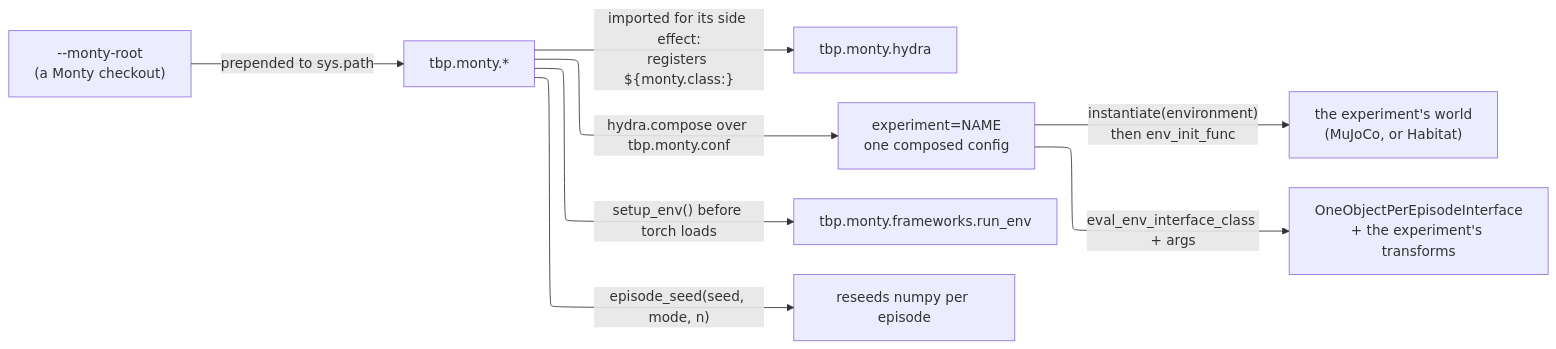
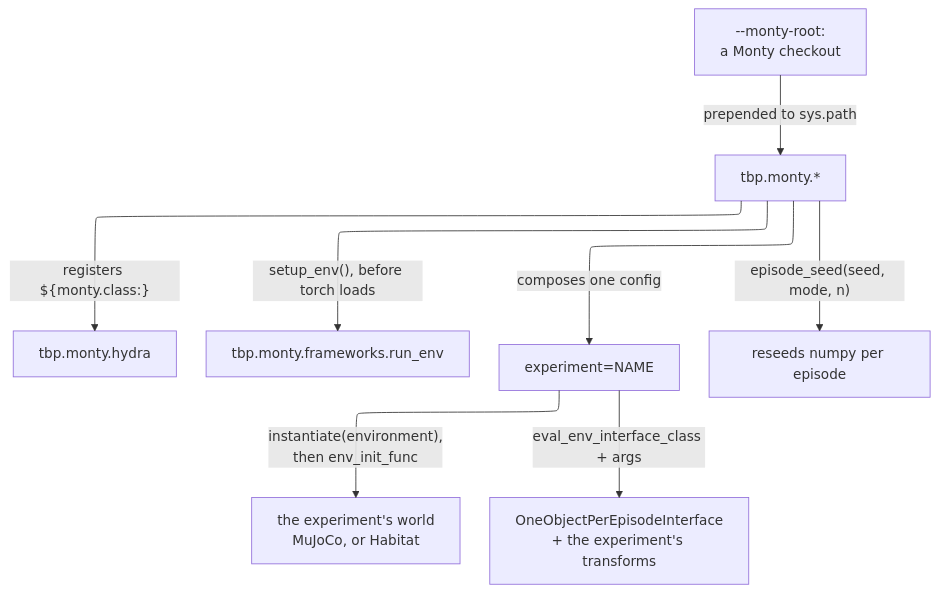
The fourth of 7 diagrams in docs/architecture.md (d-led/ex.tbp.monty), drawn with Mermaid before and after one commit. The commit also changed other lines of this file, not shown here.

First line of the commit message:
docs: the flowcharts read downwards, and the boundaries are boxes

````diff
--- a/docs/architecture.md
+++ b/docs/architecture.md
@@ -169,14 +179,14 @@
 ```mermaid
 ---
 config:
   layout: elk
 ---
-flowchart LR
-    root["--monty-root<br/>(a Monty checkout)"] -->|"prepended to sys.path"| imports["tbp.monty.*"]
-    imports -->|"imported for its side effect:<br/>registers ${monty.class:}"| hydra["tbp.monty.hydra"]
-    imports -->|"hydra.compose over tbp.monty.conf"| conf["experiment=NAME<br/>one composed config"]
-    imports -->|"setup_env() before torch loads"| env["tbp.monty.frameworks.run_env"]
-    conf -->|"instantiate(environment)<br/>then env_init_func"| mujoco["the experiment's world<br/>(MuJoCo, or Habitat)"]
+flowchart TD
+    root["--monty-root:<br/>a Monty checkout"] -->|"prepended to sys.path"| imports["tbp.monty.*"]
+    imports -->|"registers ${monty.class:}"| hydra["tbp.monty.hydra"]
+    imports -->|"setup_env(), before torch loads"| env["tbp.monty.frameworks.run_env"]
+    imports -->|"composes one config"| conf["experiment=NAME"]
+    conf -->|"instantiate(environment),<br/>then env_init_func"| mujoco["the experiment's world<br/>MuJoCo, or Habitat"]
     conf -->|"eval_env_interface_class + args"| iface["OneObjectPerEpisodeInterface<br/>+ the experiment's transforms"]
     imports -->|"episode_seed(seed, mode, n)"| seed["reseeds numpy per episode"]
 ```
````
